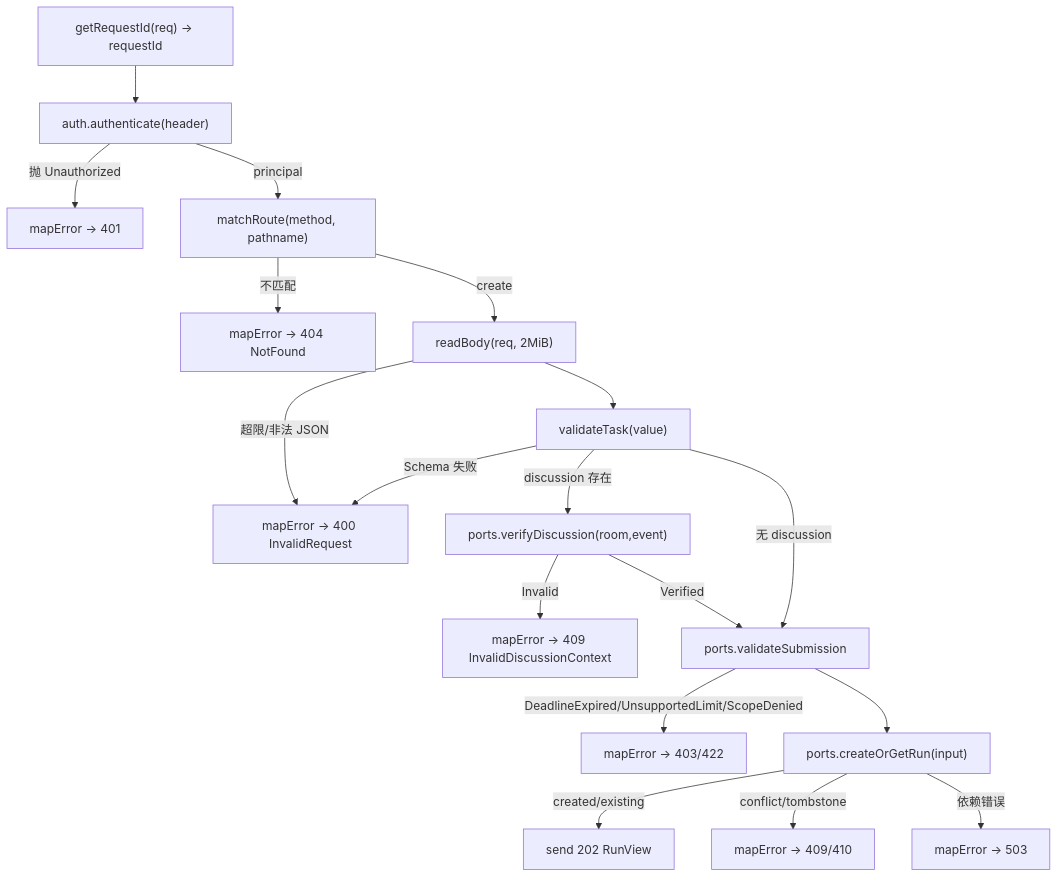
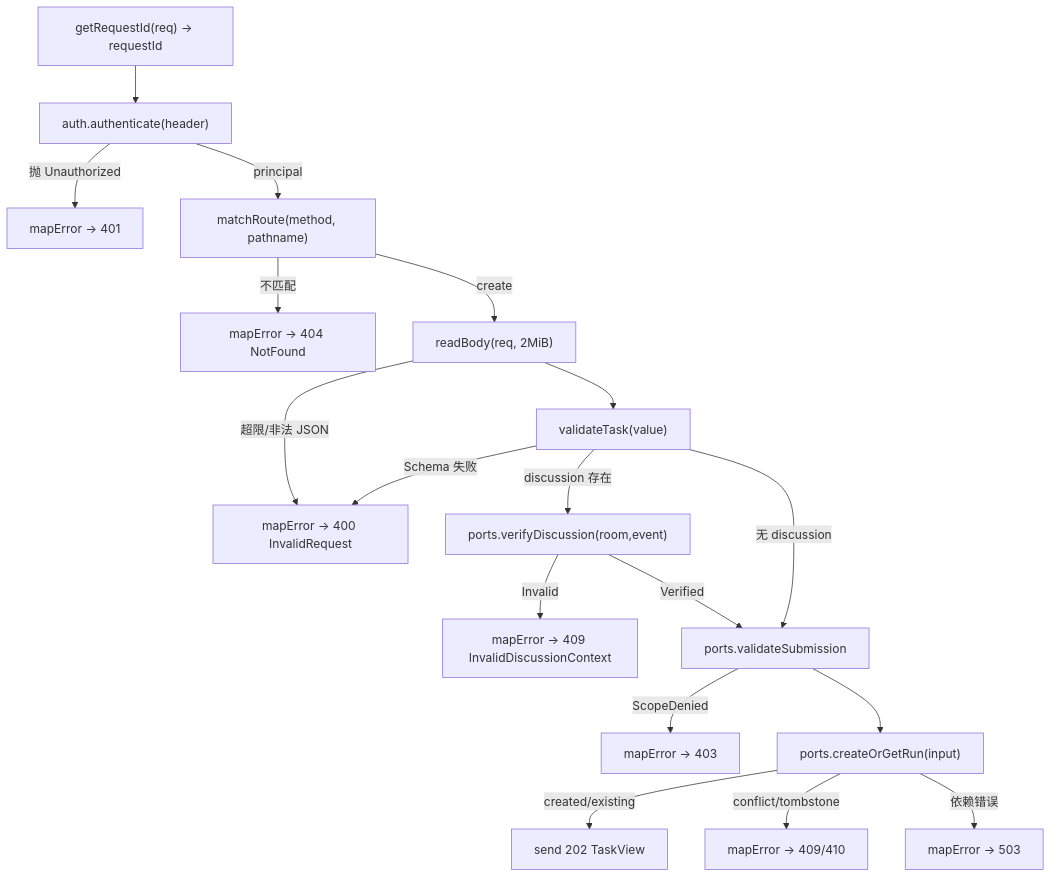
The second of 3 diagrams in docs/50_implementation_design/piko-task-api-impl.isd.md (corezilla/piko), drawn with Mermaid before and after one commit. The commit also changed other lines of this file and 86 other files, not shown here.

````diff
--- a/docs/50_implementation_design/piko-task-api-impl.isd.md
+++ b/docs/50_implementation_design/piko-task-api-impl.isd.md
@@ -479,20 +479,20 @@
 ```mermaid
 flowchart TD
     A["getRequestId(req) → requestId"] --> B["auth.authenticate(header)"]
     B -->|抛 Unauthorized| Z1["mapError → 401"]
     B -->|principal| C["matchRoute(method, pathname)"]
     C -->|不匹配| Z2["mapError → 404 NotFound"]
     C -->|create| D["readBody(req, 2MiB)"]
     D -->|超限/非法 JSON| Z3["mapError → 400 InvalidRequest"]
     D --> E["validateTask(value)"]
     E -->|Schema 失败| Z3
     E -->|discussion 存在| F["ports.verifyDiscussion(room,event)"]
     F -->|Invalid| Z4["mapError → 409 InvalidDiscussionContext"]
     F -->|Verified| G["ports.validateSubmission"]
     E -->|无 discussion| G
-    G -->|DeadlineExpired/UnsupportedLimit/ScopeDenied| Z5["mapError → 403/422"]
+    G -->|ScopeDenied| Z5["mapError → 403"]
     G --> H["ports.createOrGetRun(input)"]
-    H -->|created/existing| I["send 202 RunView"]
+    H -->|created/existing| I["send 202 TaskView"]
     H -->|conflict/tombstone| Z6["mapError → 409/410"]
     H -->|依赖错误| Z7["mapError → 503"]
 ```
````
